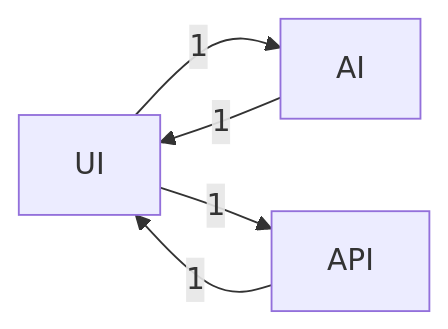
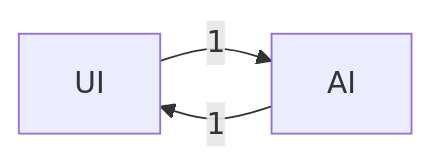
The diagram in README.md (DeepExtrema/deepextrema), drawn with Mermaid before and after one commit. The commit also changed other lines of this file and 4 other files, not shown here.

````diff
--- a/README.md
+++ b/README.md
@@ -214,7 +214,5 @@
 ```mermaid
 graph LR
     UI -->|1| AI
     AI -->|1| UI
-    UI -->|1| API
-    API -->|1| UI
 ```
````
